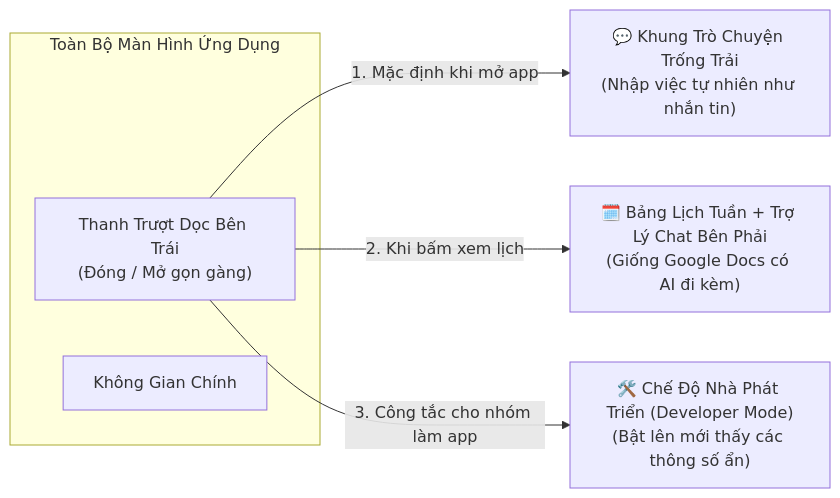
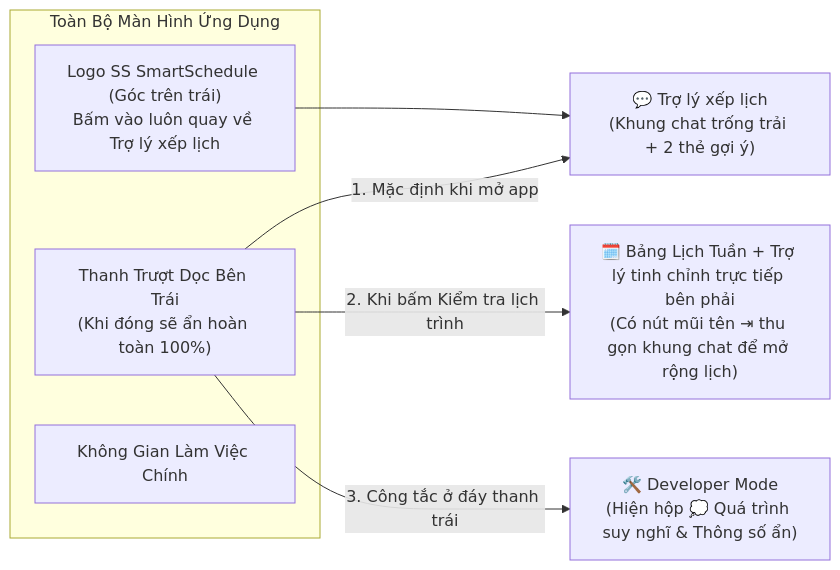
The diagram in v1.0-alpha-plan/UI_Rebuild_Plan/proposal_pipeline.md (TNKhanh1/Computational-Thinking---Group-Project), drawn with Mermaid before and after one commit. The commit also changed other lines of this file and 2 other files, not shown here.

Commit message:
docs(plan): merge Chat-First UI/UX plan with online context-parsing model upgrade

````diff
--- a/v1.0-alpha-plan/UI_Rebuild_Plan/proposal_pipeline.md
+++ b/v1.0-alpha-plan/UI_Rebuild_Plan/proposal_pipeline.md
@@ -12,11 +12,13 @@
 ```mermaid
 flowchart LR
     subgraph ManHinhChinh["Toàn Bộ Màn Hình Ứng Dụng"]
-        ThanhTrai["Thanh Trượt Dọc Bên Trái\n(Đóng / Mở gọn gàng)"]
-        KhungGiua["Không Gian Chính"]
+        Logo["Logo SS SmartSchedule (Góc trên trái)\nBấm vào luôn quay về Trợ lý xếp lịch"]
+        ThanhTrai["Thanh Trượt Dọc Bên Trái\n(Khi đóng sẽ ẩn hoàn toàn 100%)"]
+        KhungGiua["Không Gian Làm Việc Chính"]
     end
 
-    ThanhTrai -->|"1. Mặc định khi mở app"| ManChat["💬 Khung Trò Chuyện Trống Trải\n(Nhập việc tự nhiên như nhắn tin)"]
-    ThanhTrai -->|"2. Khi bấm xem lịch"| ManLich["🗓️ Bảng Lịch Tuần + Trợ Lý Chat Bên Phải\n(Giống Google Docs có AI đi kèm)"]
-    ThanhTrai -->|"3. Công tắc cho nhóm làm app"| CheDoDev["🛠️ Chế Độ Nhà Phát Triển (Developer Mode)\n(Bật lên mới thấy các thông số ẩn)"]
+    Logo --> ManChat
+    ThanhTrai -->|"1. Mặc định khi mở app"| ManChat["💬 Trợ lý xếp lịch\n(Khung chat trống trải + 2 thẻ gợi ý)"]
+    ThanhTrai -->|"2. Khi bấm Kiểm tra lịch trình"| ManLich["🗓️ Bảng Lịch Tuần + Trợ lý tinh chỉnh trực tiếp bên phải\n(Có nút mũi tên ⇥ thu gọn khung chat để mở rộng lịch)"]
+    ThanhTrai -->|"3. Công tắc ở đáy thanh trái"| CheDoDev["🛠️ Developer Mode\n(Hiện hộp 💭 Quá trình suy nghĩ & Thông số ẩn)"]
 ```
````
